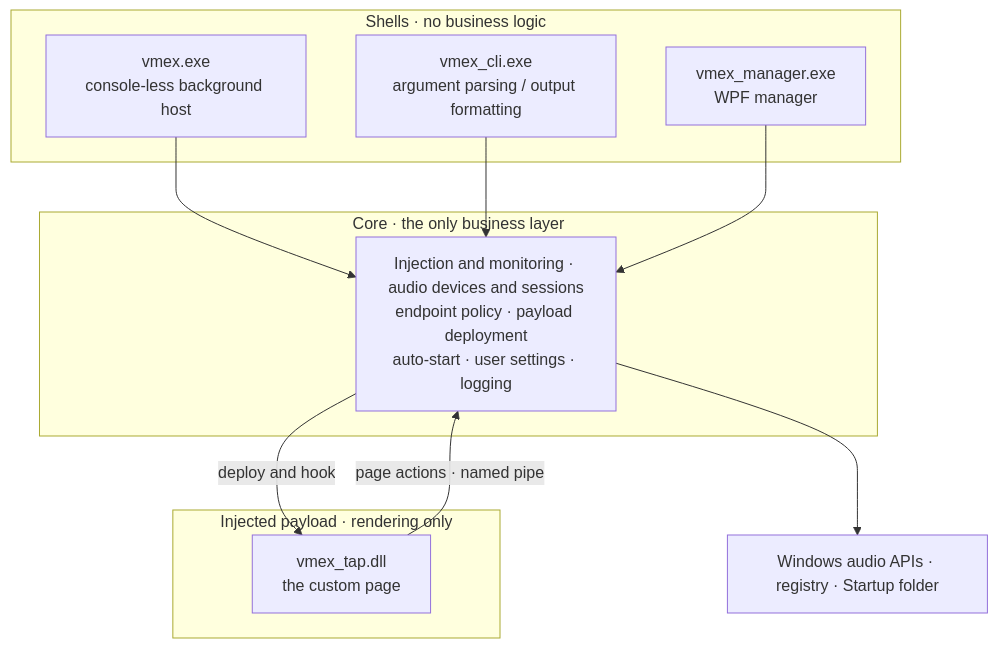
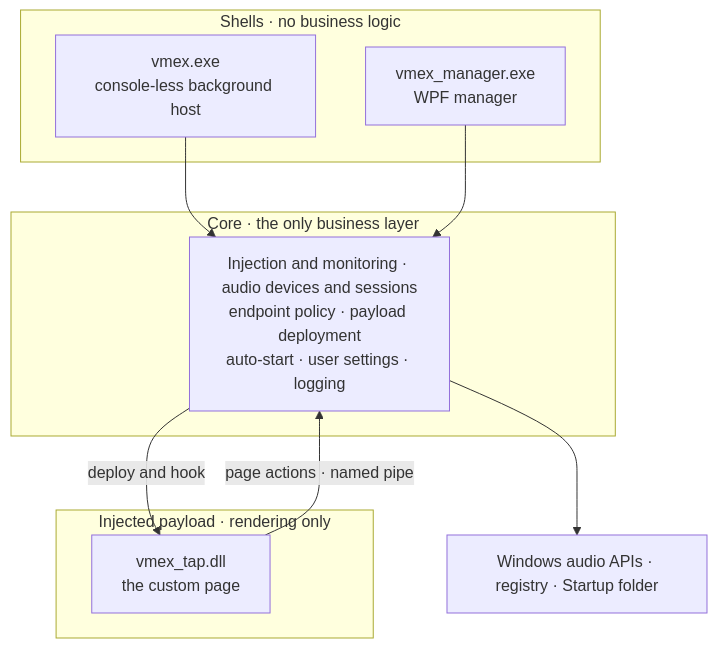
The diagram in .github/readme_res/readme_en.md (EricZhang233/VolumeMixerExtender), drawn with Mermaid before and after one commit. The commit also changed other lines of this file and 77 other files, not shown here.

````diff
--- a/.github/readme_res/readme_en.md
+++ b/.github/readme_res/readme_en.md
@@ -167,20 +153,18 @@
 ```mermaid
 flowchart TB
     subgraph Shell["Shells · no business logic"]
         HOST["vmex.exe<br/>console-less background host"]
-        CLI["vmex_cli.exe<br/>argument parsing / output formatting"]
         GUI["vmex_manager.exe<br/>WPF manager"]
     end
     subgraph Core["Core · the only business layer"]
         SVC["Injection and monitoring · audio devices and sessions<br/>endpoint policy · payload deployment<br/>auto-start · user settings · logging"]
     end
     subgraph Payload["Injected payload · rendering only"]
         TAP["vmex_tap.dll<br/>the custom page"]
     end
     HOST --> SVC
-    CLI --> SVC
     GUI --> SVC
     SVC -->|deploy and hook| TAP
     TAP -->|page actions · named pipe| SVC
     SVC --> OS["Windows audio APIs · registry · Startup folder"]
 ```
````
